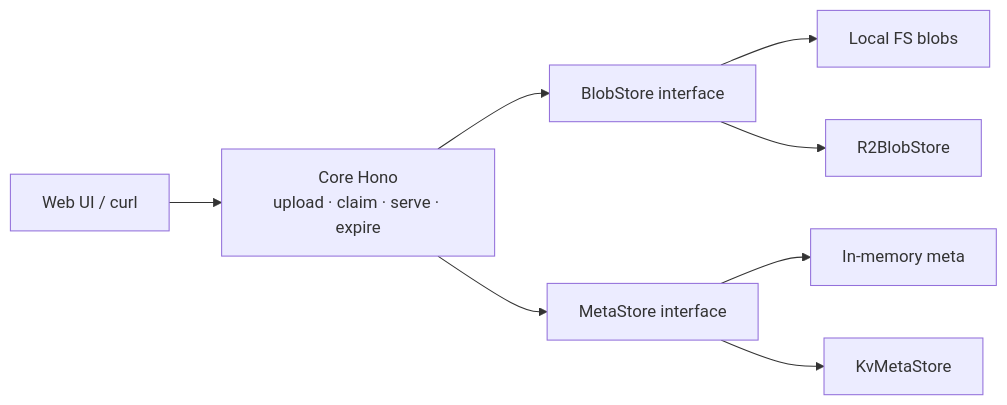
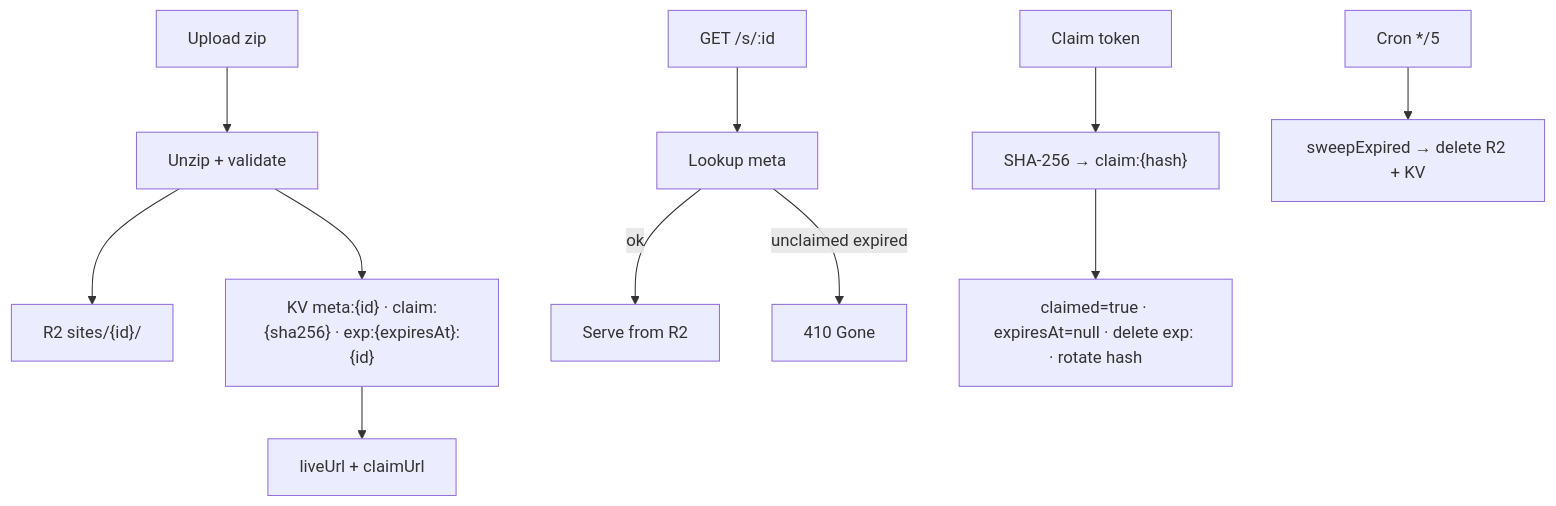
The first of 2 diagrams in README.md (vovanduc/stage-drop), drawn with Mermaid before and after one commit. The commit also changed other lines of this file, not shown here.

Commit message:
docs: architecture diagrams + lab links for Pages landing (blog trio)
Document R2/KV request flow, site state machine, and claim one-shot.
Pages stays Custom polish VI default; link repo + lab demo + health.
Keep docs/.nojekyll; no Actions deploy-pages.

````diff
--- a/README.md
+++ b/README.md
@@ -66,10 +66,13 @@
 ```mermaid
-flowchart LR
-  UI["Web UI / curl"] --> Core["Core Hono\nupload · claim · serve · expire"]
-  Core --> Blob["BlobStore interface"]
-  Core --> Meta["MetaStore interface"]
-  Blob --> FS["Local FS blobs"]
-  Meta --> Mem["In-memory meta"]
-  Blob --> R2["R2BlobStore"]
-  Meta --> KV["KvMetaStore"]
+flowchart TD
+  U["Upload zip"] --> V["Unzip + validate"]
+  V --> R2["R2 sites/{id}/"]
+  V --> KV["KV meta:{id} · claim:{sha256} · exp:{expiresAt}:{id}"]
+  KV --> URL["liveUrl + claimUrl"]
+  S["GET /s/:id"] --> M["Lookup meta"]
+  M -->|ok| SR["Serve from R2"]
+  M -->|unclaimed expired| G["410 Gone"]
+  C["Claim token"] --> H["SHA-256 → claim:{hash}"]
+  H --> CL["claimed=true · expiresAt=null · delete exp: · rotate hash"]
+  CR["Cron */5"] --> SW["sweepExpired → delete R2 + KV"]
 ```
````
